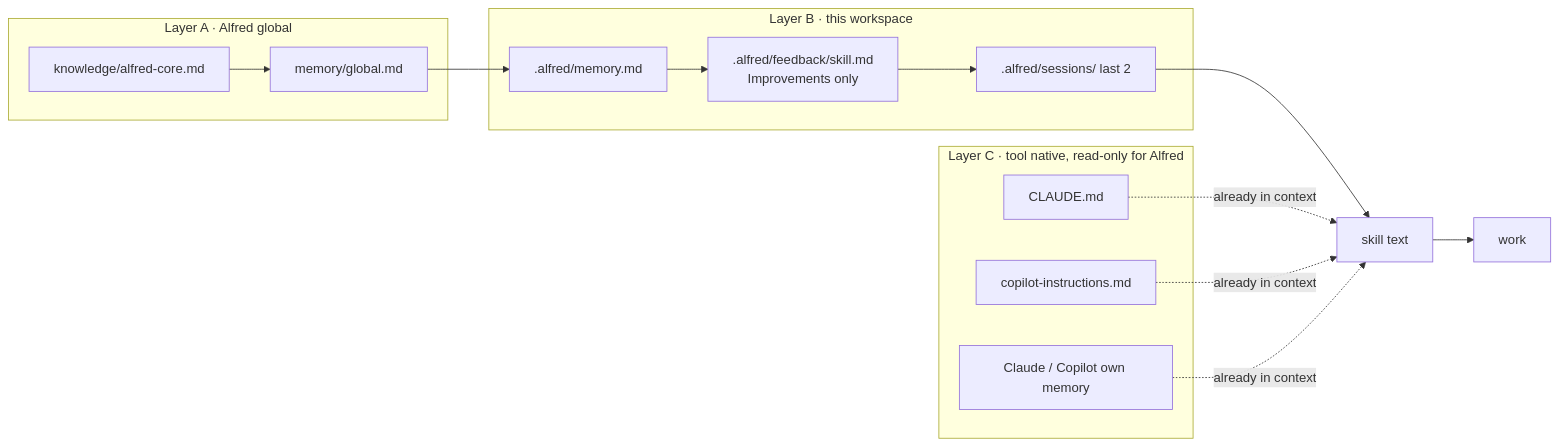
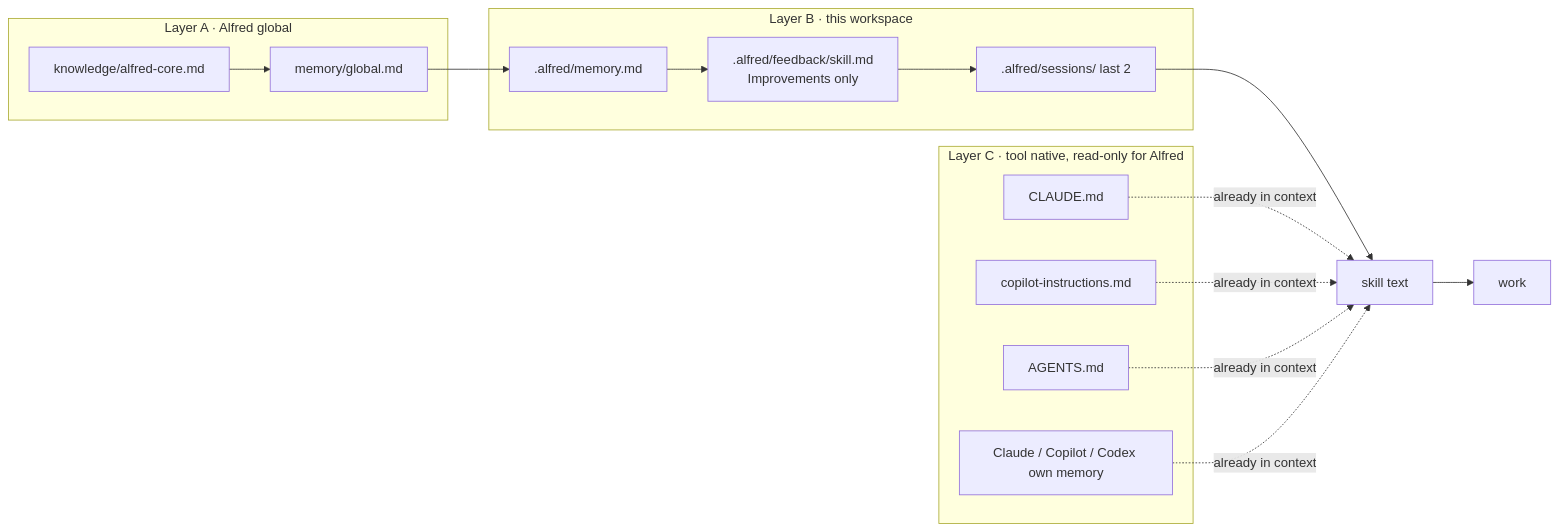
Before and after one commit to SantanSharma/Alfred: the fourth of 7 diagrams in Temp/alfred-memory-05-system-design.md, drawn with Mermaid. The commit also changed other lines of this file and 5 other files, not shown here.

````diff
--- a/Temp/alfred-memory-05-system-design.md
+++ b/Temp/alfred-memory-05-system-design.md
@@ -111,22 +125,24 @@
 ```mermaid
 flowchart LR
     subgraph A["Layer A · Alfred global"]
         A1[knowledge/alfred-core.md]
         A2[memory/global.md]
     end
     subgraph B["Layer B · this workspace"]
         B1[.alfred/memory.md]
         B2[.alfred/feedback/skill.md<br/>Improvements only]
         B3[.alfred/sessions/ last 2]
     end
     subgraph C["Layer C · tool native, read-only for Alfred"]
         C1[CLAUDE.md]
         C2[copilot-instructions.md]
-        C3[Claude / Copilot own memory]
+      C3[AGENTS.md]
+      C4[Claude / Copilot / Codex own memory]
     end
     A1 --> A2 --> B1 --> B2 --> B3 --> SKILL[skill text]
     C1 -.already in context.-> SKILL
     C2 -.already in context.-> SKILL
     C3 -.already in context.-> SKILL
+    C4 -.already in context.-> SKILL
     SKILL --> WORK[work]
 ```
````
